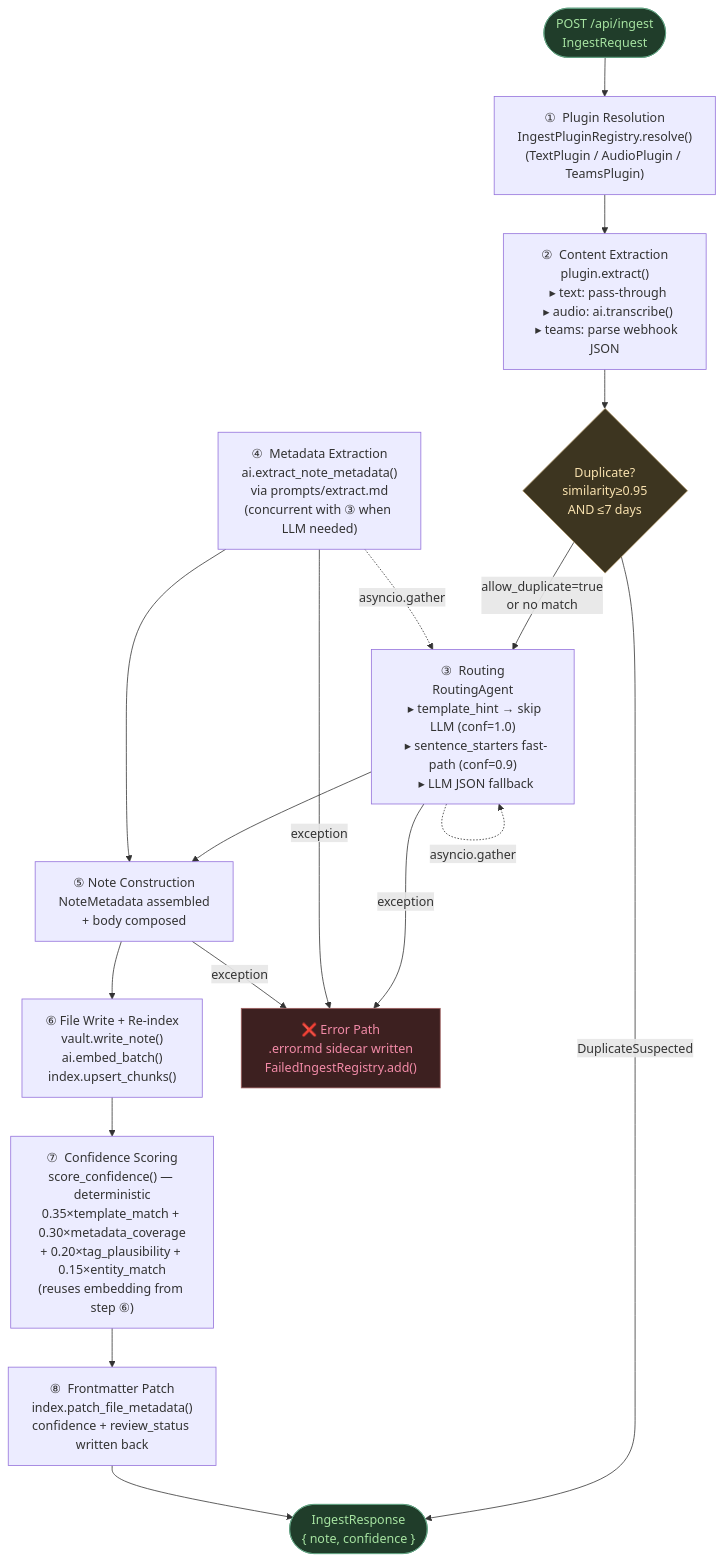
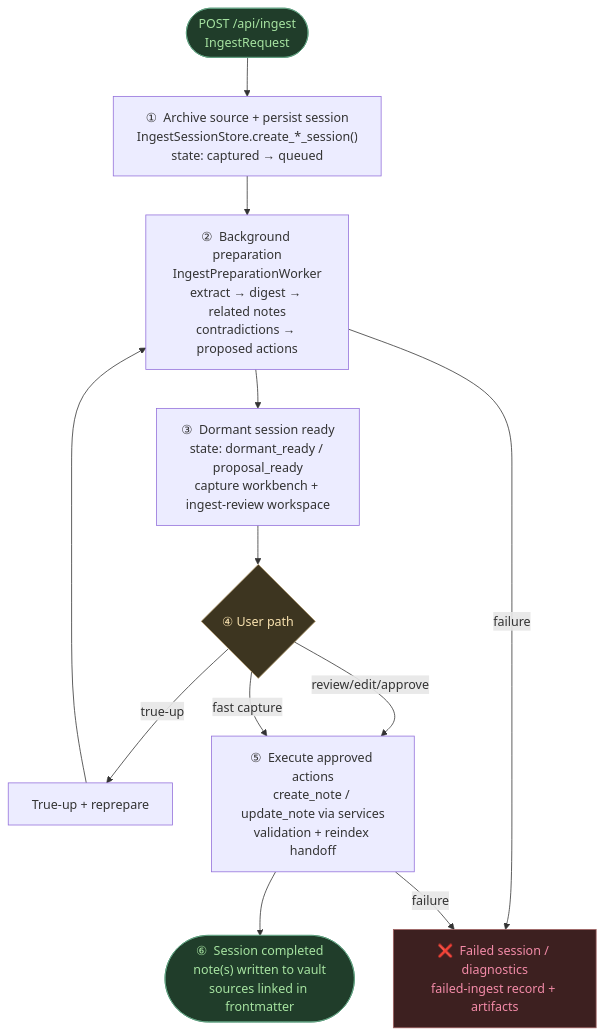
One commit to epopisces/monocle changed the second of 12 diagrams in docs/architecture.md. Above: the diagram before and after it, drawn with Mermaid. The commit also changed other lines of this file and 49 other files, not shown here.

````diff
--- a/docs/architecture.md
+++ b/docs/architecture.md
@@ -177,36 +186,24 @@
 ```mermaid
 flowchart TD
     START(["POST /api/ingest<br/>IngestRequest"])
+    CAPTURE["①  Archive source + persist session<br/>IngestSessionStore.create_*_session()<br/>state: captured → queued"]
+    PREP["②  Background preparation<br/>IngestPreparationWorker<br/>extract → digest → related notes<br/>contradictions → proposed actions"]
+    READY["③  Dormant session ready<br/>state: dormant_ready / proposal_ready<br/>capture workbench + ingest-review workspace"]
+    REVIEW{"④  User path"}
+    TRUEUP["True-up + reprepare"]
+    EXECUTE["⑤  Execute approved actions<br/>create_note / update_note via services<br/>validation + reindex handoff"]
+    COMPLETE(["⑥  Session completed<br/>note(s) written to vault<br/>sources linked in frontmatter"])
+    FAILED_SESSION["❌  Failed session / diagnostics<br/>failed-ingest record + artifacts"]
 
-    S1["①  Plugin Resolution<br/>IngestPluginRegistry.resolve()<br/>(TextPlugin / AudioPlugin / TeamsPlugin)"]
-    S2["②  Content Extraction<br/>plugin.extract()<br/>  ▸ text: pass-through<br/>  ▸ audio: ai.transcribe()<br/>  ▸ teams: parse webhook JSON"]
-    S3["③  Routing<br/>RoutingAgent<br/>  ▸ template_hint → skip LLM (conf=1.0)<br/>  ▸ sentence_starters fast-path (conf=0.9)<br/>  ▸ LLM JSON fallback"]
-    S4["④  Metadata Extraction<br/>ai.extract_note_metadata()<br/>via prompts/extract.md<br/>(concurrent with ③ when LLM needed)"]
-    S5["⑤  Note Construction<br/>NoteMetadata assembled<br/>+ body composed"]
-    S6["⑥  File Write + Re-index<br/>vault.write_note()<br/>ai.embed_batch()<br/>index.upsert_chunks()"]
-    S7["⑦  Confidence Scoring<br/>score_confidence() — deterministic<br/>0.35×template_match + 0.30×metadata_coverage<br/>+ 0.20×tag_plausibility + 0.15×entity_match<br/>(reuses embedding from step ⑥)"]
-    S8["⑧  Frontmatter Patch<br/>index.patch_file_metadata()<br/>confidence + review_status written back"]
+    START --> CAPTURE --> PREP --> READY --> REVIEW
+    REVIEW -->|review/edit/approve| EXECUTE --> COMPLETE
+    REVIEW -->|fast capture| EXECUTE
+    REVIEW -->|true-up| TRUEUP --> PREP
+    PREP -->|failure| FAILED_SESSION
+    EXECUTE -->|failure| FAILED_SESSION
 
-    DUP{"Duplicate?<br/>similarity≥0.95<br/>AND ≤7 days"}
-    ERR["❌  Error Path<br/>.error.md sidecar written<br/>FailedIngestRegistry.add()"]
-    DONE(["IngestResponse<br/>{ note, confidence }"])
-
-    START --> S1 --> S2
-    S2 --> DUP
-    DUP -->|"allow_duplicate=true<br/>or no match"| S3
-    DUP -->|"DuplicateSuspected"| DONE
-
-    S3 & S4 -.->|asyncio.gather| S3
-    S3 --> S5
-    S4 --> S5
-    S5 --> S6 --> S7 --> S8 --> DONE
-
-    S3 -->|exception| ERR
-    S4 -->|exception| ERR
-    S5 -->|exception| ERR
-
-    style DUP fill:#3d3520,stroke:#a89060,color:#f9e2af
-    style ERR fill:#3d2020,stroke:#a06060,color:#f38ba8
-    style DONE fill:#203d2a,stroke:#60a080,color:#a6e3a1
+    style REVIEW fill:#3d3520,stroke:#a89060,color:#f9e2af
+    style FAILED_SESSION fill:#3d2020,stroke:#a06060,color:#f38ba8
+    style COMPLETE fill:#203d2a,stroke:#60a080,color:#a6e3a1
     style START fill:#203d2a,stroke:#60a080,color:#a6e3a1
 ```
````
